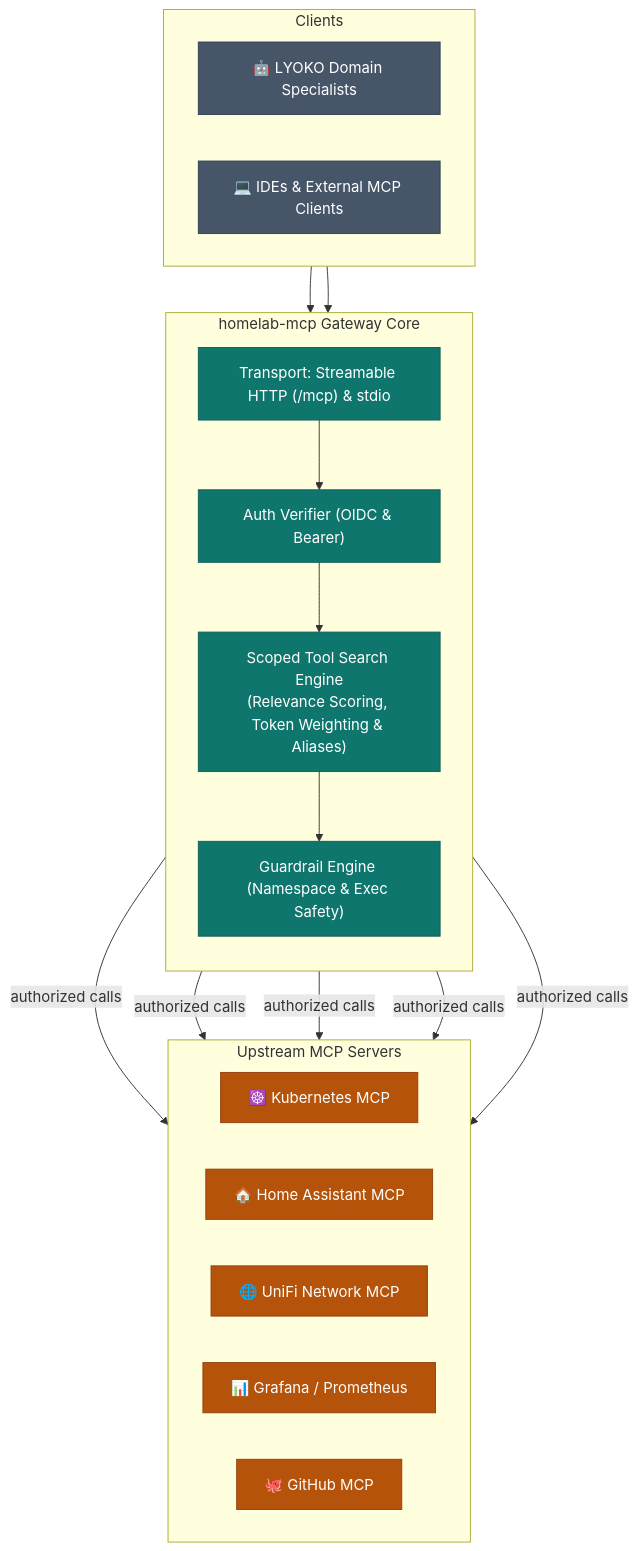
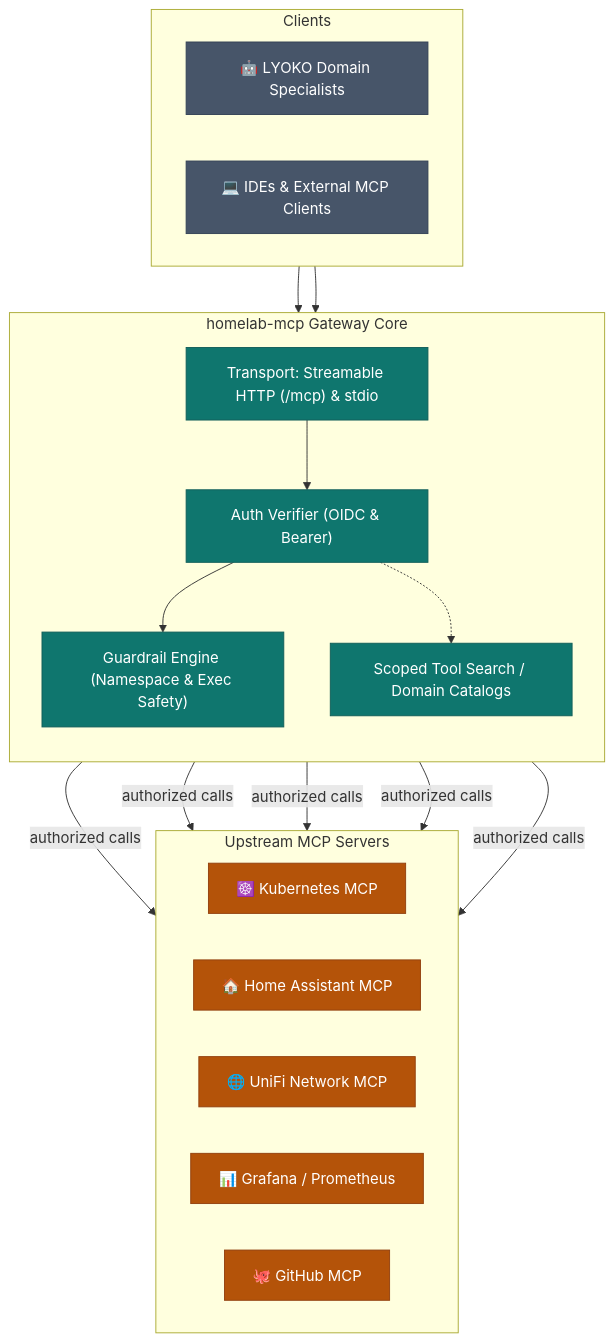
One commit to csp33/homelab-ai-ops changed the first of 2 diagrams in packages/mcps/homelab-mcp/README.md. Above: the diagram before and after it, drawn with Mermaid. The commit also changed other lines of this file and 3 other files, not shown here.

````diff
--- a/packages/mcps/homelab-mcp/README.md
+++ b/packages/mcps/homelab-mcp/README.md
@@ -11,46 +11,47 @@
 ```mermaid
 flowchart TD
     %% Inbound Clients
     subgraph Inbound ["Clients"]
         direction LR
         C1["🤖 LYOKO Domain Specialists"]
         C2["💻 IDEs & External MCP Clients"]
     end
 
     %% Gateway Core
     subgraph GW ["homelab-mcp Gateway Core"]
         direction TB
         T["Transport: Streamable HTTP (/mcp) & stdio"]
         AUTH["Auth Verifier (OIDC & Bearer)"]
-        SEARCH["Scoped Tool Search Engine<br/>(Relevance Scoring, Token Weighting & Aliases)"]
+        SEARCH["Scoped Tool Search / Domain Catalogs"]
         GUARD["Guardrail Engine (Namespace & Exec Safety)"]
         
-        T --> AUTH --> SEARCH --> GUARD
+        T --> AUTH --> GUARD
+        AUTH -.-> SEARCH
     end
 
     %% Upstreams
     subgraph UP ["Upstream MCP Servers"]
         direction LR
         K8S["☸️ Kubernetes MCP"]
         HA["🏠 Home Assistant MCP"]
         UNIFI["🌐 UniFi Network MCP"]
         GRAF["📊 Grafana / Prometheus"]
         GH["🐙 GitHub MCP"]
     end
 
     C1 --> T
     C2 --> T
     GUARD -->|"authorized calls"| K8S
     GUARD -->|"authorized calls"| HA
     GUARD -->|"authorized calls"| UNIFI
     GUARD -->|"authorized calls"| GRAF
     GUARD -->|"authorized calls"| GH
 
     classDef client fill:#475569,stroke:#334155,color:#fff;
     classDef gateway fill:#0f766e,stroke:#115e59,color:#fff;
     classDef upstream fill:#b45309,stroke:#92400e,color:#fff;
 
     class C1,C2 client;
     class T,AUTH,SEARCH,GUARD gateway;
     class K8S,HA,UNIFI,GRAF,GH upstream;
 ```
````
